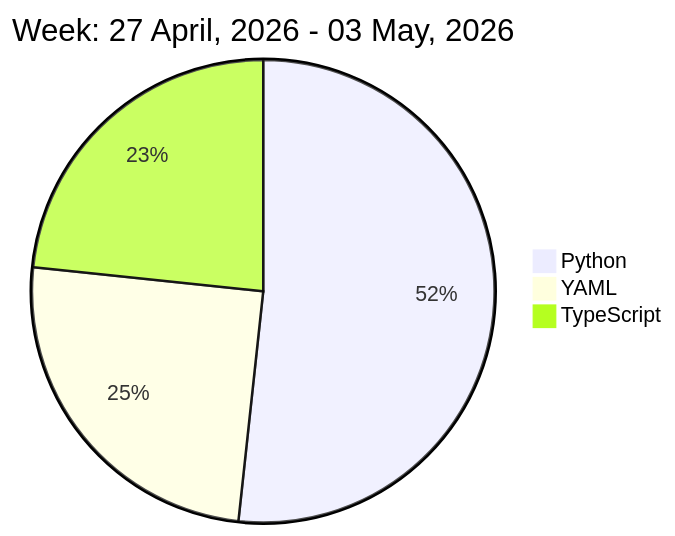
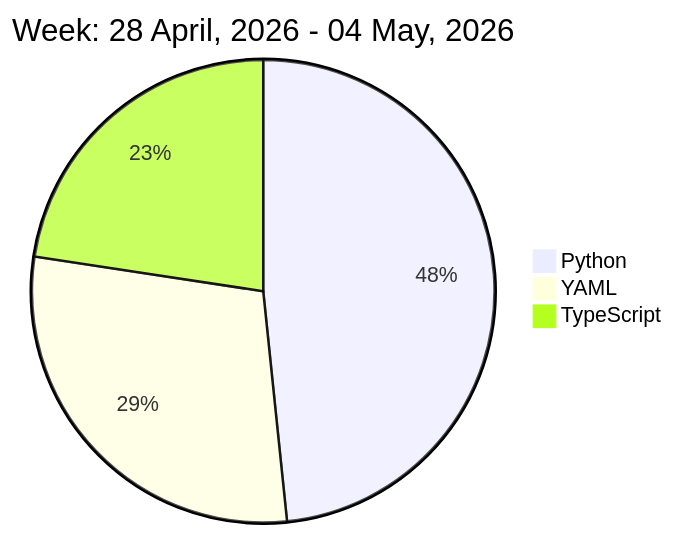
The diagram in README.md (liubin95/liubin95), drawn with Mermaid before and after one commit.

Commit message:
Updated the Graph with new Metrics

````diff
--- a/README.md
+++ b/README.md
@@ -32,7 +32,7 @@
 ```mermaid
  pie
-title Week: 27 April, 2026 - 03 May, 2026
- "Python" : 4.83
- "YAML" : 2.33
- "TypeScript" : 2.18
+title Week: 28 April, 2026 - 04 May, 2026
+ "Python" : 3.53
+ "YAML" : 2.12
+ "TypeScript" : 1.65
 ```
````
